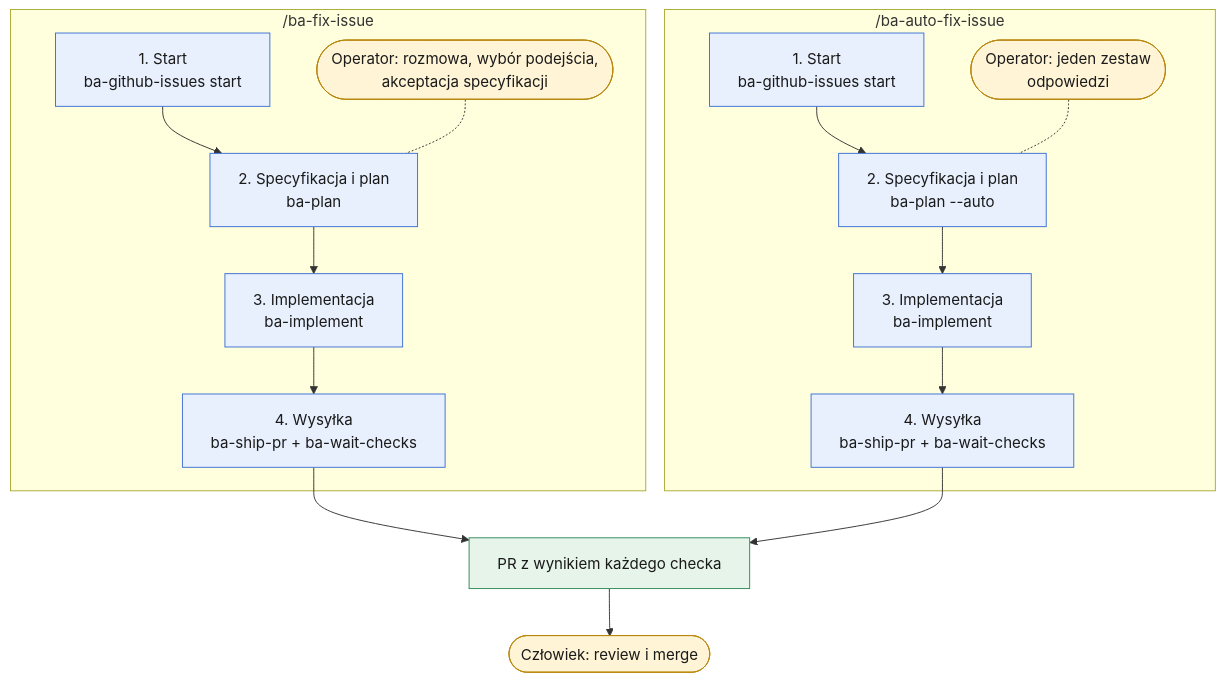
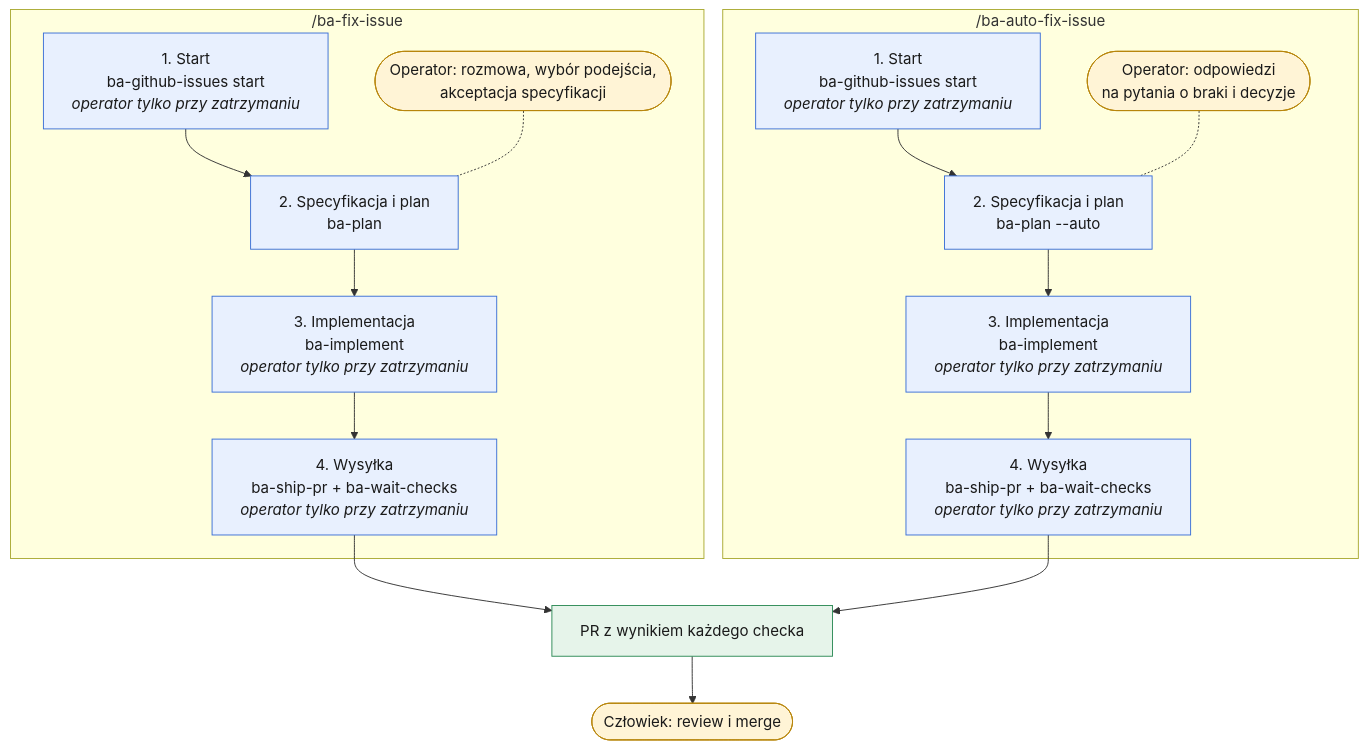
The diagram in docs/diagrams/01-dwie-drogi.mmd (mkurc1/skills), drawn with Mermaid before and after one commit. The commit also changed 6 other files, not shown here.

Commit message:
docs(diagrams): poprawki po recenzji gałęzi (#4)

```diff
--- a/docs/diagrams/01-dwie-drogi.mmd
+++ b/docs/diagrams/01-dwie-drogi.mmd
@@ -1,26 +1,26 @@
 ---
 config:
   flowchart:
     wrappingWidth: 320
 ---
 flowchart TB
   classDef stage fill:#e8f0fe,stroke:#3b6fd6,color:#1a1a1a
   classDef human fill:#fff4d6,stroke:#b8860b,color:#1a1a1a
   classDef result fill:#e6f4ea,stroke:#2e8b57,color:#1a1a1a
 
   subgraph FIX["/ba-fix-issue"]
-    F1["1. Start<br/>ba-github-issues start"] --> F2["2. Specyfikacja i plan<br/>ba-plan"] --> F3["3. Implementacja<br/>ba-implement"] --> F4["4. Wysyłka<br/>ba-ship-pr + ba-wait-checks"]
+    F1["1. Start<br/>ba-github-issues start<br/><i>operator tylko przy zatrzymaniu</i>"] --> F2["2. Specyfikacja i plan<br/>ba-plan"] --> F3["3. Implementacja<br/>ba-implement<br/><i>operator tylko przy zatrzymaniu</i>"] --> F4["4. Wysyłka<br/>ba-ship-pr + ba-wait-checks<br/><i>operator tylko przy zatrzymaniu</i>"]
     OF(["Operator: rozmowa, wybór podejścia,<br/>akceptacja specyfikacji"]) -.- F2
   end
   subgraph AUTO["/ba-auto-fix-issue"]
-    A1["1. Start<br/>ba-github-issues start"] --> A2["2. Specyfikacja i plan<br/>ba-plan --auto"] --> A3["3. Implementacja<br/>ba-implement"] --> A4["4. Wysyłka<br/>ba-ship-pr + ba-wait-checks"]
-    OA(["Operator: jeden zestaw<br/>odpowiedzi"]) -.- A2
+    A1["1. Start<br/>ba-github-issues start<br/><i>operator tylko przy zatrzymaniu</i>"] --> A2["2. Specyfikacja i plan<br/>ba-plan --auto"] --> A3["3. Implementacja<br/>ba-implement<br/><i>operator tylko przy zatrzymaniu</i>"] --> A4["4. Wysyłka<br/>ba-ship-pr + ba-wait-checks<br/><i>operator tylko przy zatrzymaniu</i>"]
+    OA(["Operator: odpowiedzi<br/>na pytania o braki i decyzje"]) -.- A2
   end
 
   F4 --> PR["PR z wynikiem każdego checka"]
   A4 --> PR
   PR --> M(["Człowiek: review i merge"])
 
   class F1,F2,F3,F4,A1,A2,A3,A4 stage
   class OF,OA,M human
   class PR result
```
